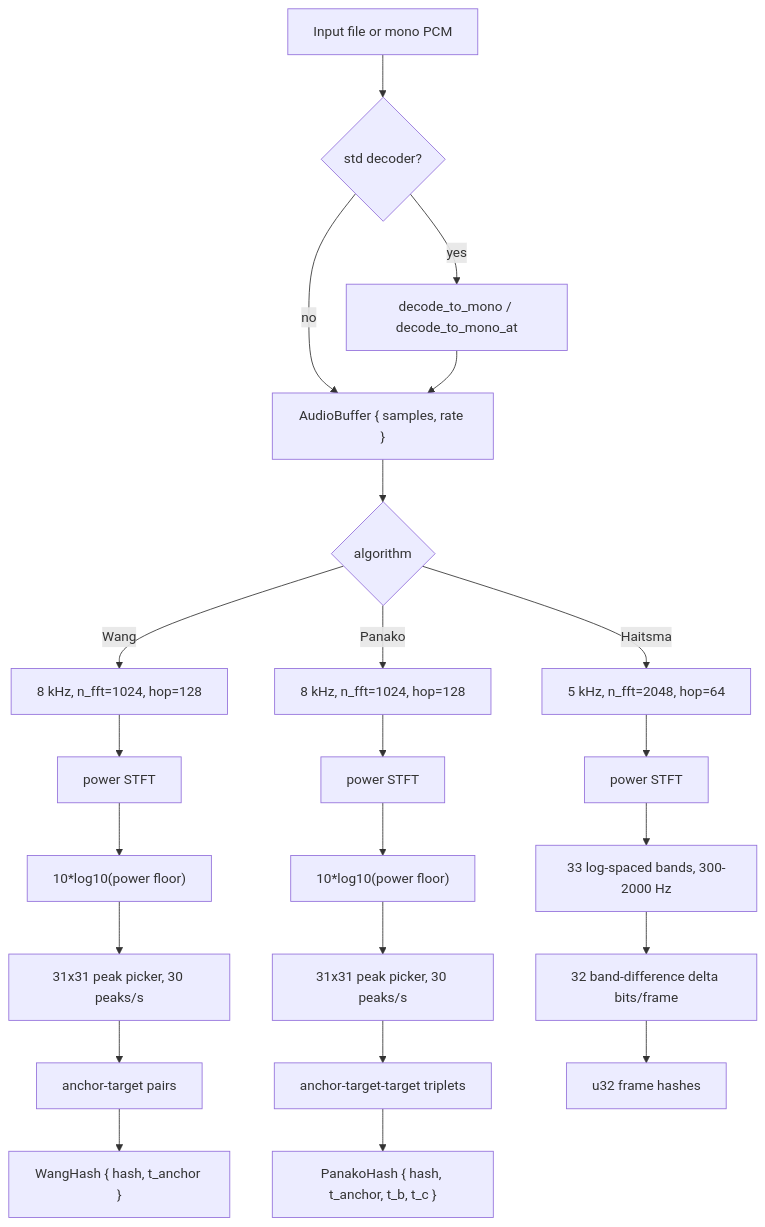
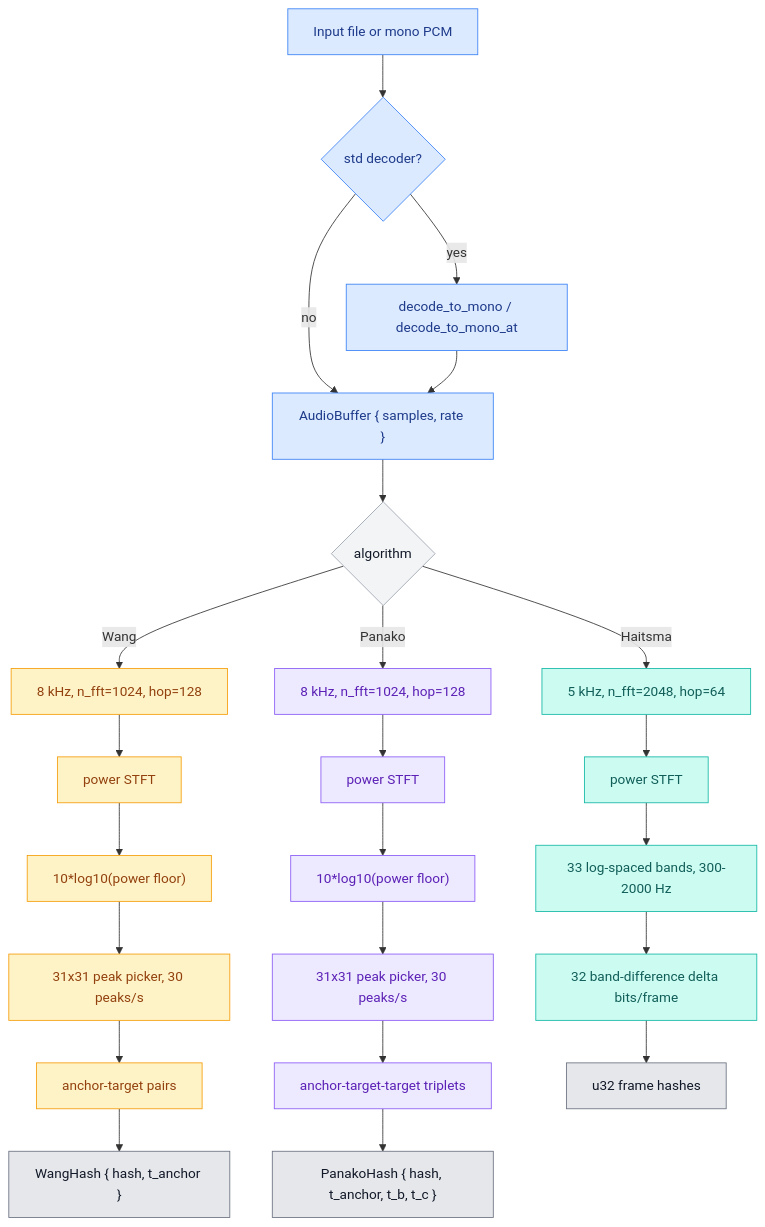
Before and after one commit to themankindproject/audiofp: the first of 5 diagrams in audio.md, drawn with Mermaid. The commit also changed other lines of this file and 5 other files, not shown here.

````diff
--- a/audio.md
+++ b/audio.md
@@ -99,29 +99,45 @@
 ```mermaid
 flowchart TD
     A["Input file or mono PCM"] --> B{"std decoder?"}
     B -->|yes| C["decode_to_mono / decode_to_mono_at"]
     B -->|no| D["AudioBuffer { samples, rate }"]
     C --> D
 
     D --> E{"algorithm"}
 
     E -->|Wang| W1["8 kHz, n_fft=1024, hop=128"]
     W1 --> W2["power STFT"]
     W2 --> W3["10*log10(power floor)"]
     W3 --> W4["31x31 peak picker, 30 peaks/s"]
     W4 --> W5["anchor-target pairs"]
     W5 --> W6["WangHash { hash, t_anchor }"]
 
     E -->|Panako| P1["8 kHz, n_fft=1024, hop=128"]
     P1 --> P2["power STFT"]
     P2 --> P3["10*log10(power floor)"]
     P3 --> P4["31x31 peak picker, 30 peaks/s"]
     P4 --> P5["anchor-target-target triplets"]
     P5 --> P6["PanakoHash { hash, t_anchor, t_b, t_c }"]
 
     E -->|Haitsma| H1["5 kHz, n_fft=2048, hop=64"]
     H1 --> H2["power STFT"]
     H2 --> H3["33 log-spaced bands, 300-2000 Hz"]
     H3 --> H4["32 band-difference delta bits/frame"]
     H4 --> H5["u32 frame hashes"]
+
+    classDef input fill:#dbeafe,stroke:#3b82f6,color:#1e3a8a,stroke-width:1px;
+    classDef router fill:#f3f4f6,stroke:#9ca3af,color:#111827,stroke-width:1px;
+    classDef wang fill:#fef3c7,stroke:#f59e0b,color:#92400e,stroke-width:1px;
+    classDef panako fill:#ede9fe,stroke:#8b5cf6,color:#5b21b6,stroke-width:1px;
+    classDef haitsma fill:#ccfbf1,stroke:#14b8a6,color:#115e59,stroke-width:1px;
+    classDef output fill:#e5e7eb,stroke:#6b7280,color:#111827,stroke-width:1px;
+
+    class A,B,C,D input;
+    class E router;
+    class W1,W2,W3,W4,W5 wang;
+    class W6 output;
+    class P1,P2,P3,P4,P5 panako;
+    class P6 output;
+    class H1,H2,H3,H4 haitsma;
+    class H5 output;
 ```
````
